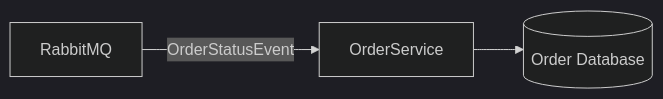
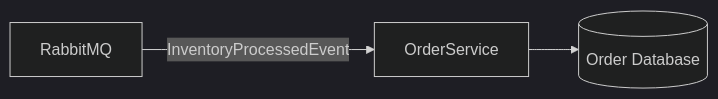
One commit to BrandonGatewood/distributedOrderProcessingSystem changed the third of 3 diagrams in README.md. Above: the diagram before and after it, drawn with Mermaid (dark theme).

````diff
--- a/README.md
+++ b/README.md
@@ -77,5 +77,5 @@
 ```mermaid
 flowchart LR
-    RabbitMQ -->|OrderStatusEvent| OrderService
+    RabbitMQ -->|InventoryProcessedEvent| OrderService
     OrderService --> DB[(Order Database)]
 ```
````
